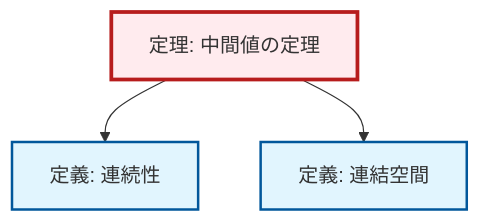
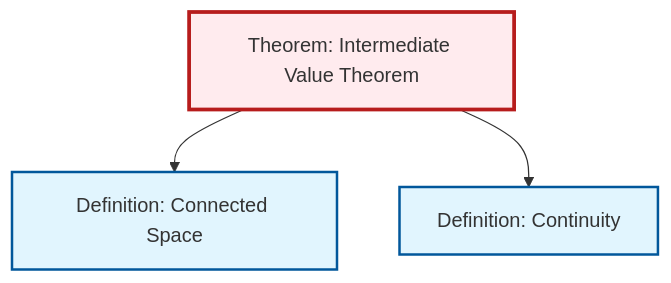
Before and after one commit to RK0429/ModernMath: the diagram in content/ja/topology/thm-intermediate-value.qmd, drawn with Mermaid. The commit also changed 203 other files, not shown here.

````diff
--- a/content/ja/topology/thm-intermediate-value.qmd
+++ b/content/ja/topology/thm-intermediate-value.qmd
@@ -51,18 +51,15 @@
 ```{mermaid}
-%%| fig-cap: "局所依存グラフ"
+%%| fig-cap: "Local dependency graph"
 graph TD
     classDef definition fill:#e1f5fe,stroke:#01579b,stroke-width:2px
     classDef theorem fill:#f3e5f5,stroke:#4a148c,stroke-width:2px
     classDef axiom fill:#fff3e0,stroke:#e65100,stroke-width:2px
     classDef example fill:#e8f5e9,stroke:#1b5e20,stroke-width:2px
     classDef current fill:#ffebee,stroke:#b71c1c,stroke-width:3px
-    def-connected["定義: 連結空間"]:::definition
-    def-continuity["定義: 連続性"]:::definition
-    thm-intermediate-value["定理: 中間値の定理"]:::theorem
+    def-connected["Definition: Connected Space"]:::definition
+    def-continuity["Definition: Continuity"]:::definition
+    thm-intermediate-value["Theorem: Intermediate Value Theorem"]:::theorem
+    thm-intermediate-value --> def-connected
     thm-intermediate-value --> def-continuity
-    thm-intermediate-value --> def-connected
     class thm-intermediate-value current
-
-    click def-connected "def-connected.html" "Go to 定義: 連結空間"
-    click def-continuity "def-continuity.html" "Go to 定義: 連続性"
 ```
````
